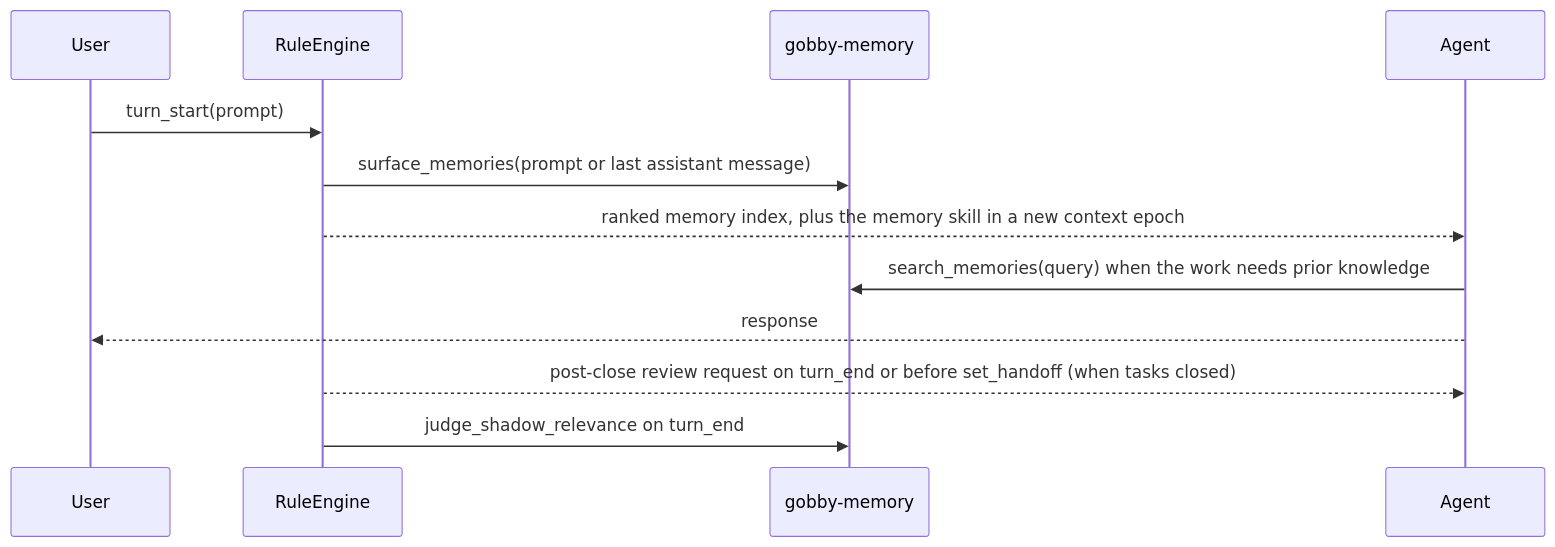
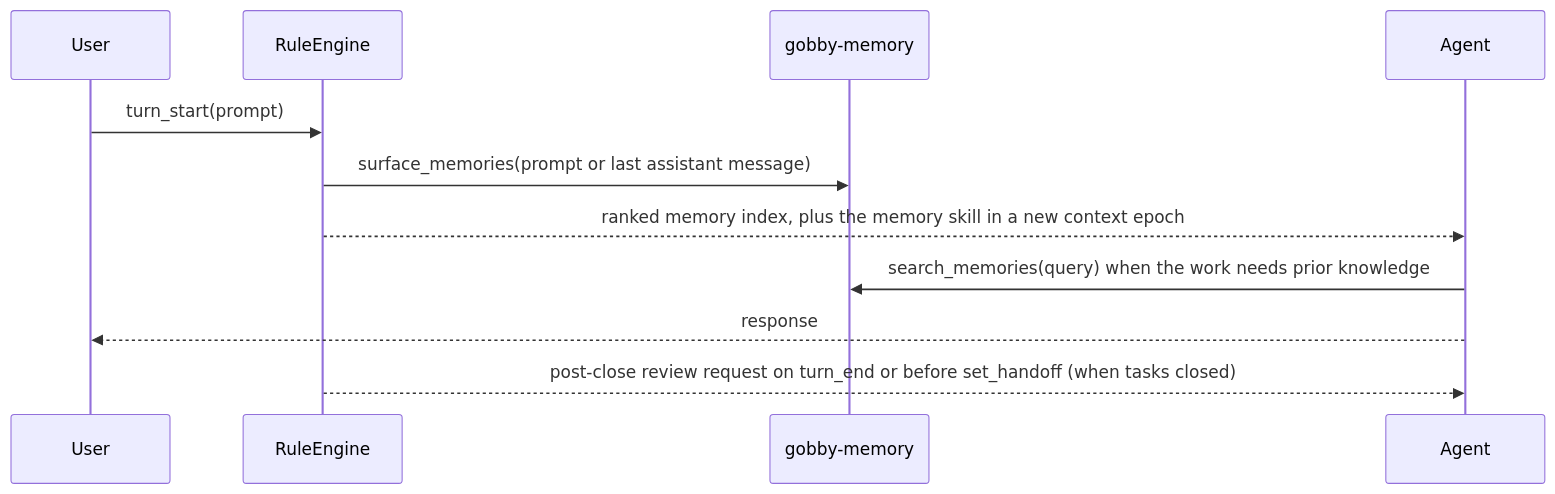
The second of 2 diagrams in docs/guides/memory.md (GobbyAI/gobby), drawn with Mermaid before and after one commit. The commit also changed other lines of this file and 68 other files, not shown here.

````diff
--- a/docs/guides/memory.md
+++ b/docs/guides/memory.md
@@ -557,15 +553,14 @@
 ```mermaid
 sequenceDiagram
     participant User
     participant RuleEngine
     participant Memory as gobby-memory
     participant Agent
 
     User->>RuleEngine: turn_start(prompt)
     RuleEngine->>Memory: surface_memories(prompt or last assistant message)
     RuleEngine-->>Agent: ranked memory index, plus the memory skill in a new context epoch
     Agent->>Memory: search_memories(query) when the work needs prior knowledge
     Agent-->>User: response
     RuleEngine-->>Agent: post-close review request on turn_end or before set_handoff (when tasks closed)
-    RuleEngine->>Memory: judge_shadow_relevance on turn_end
 ```
````
